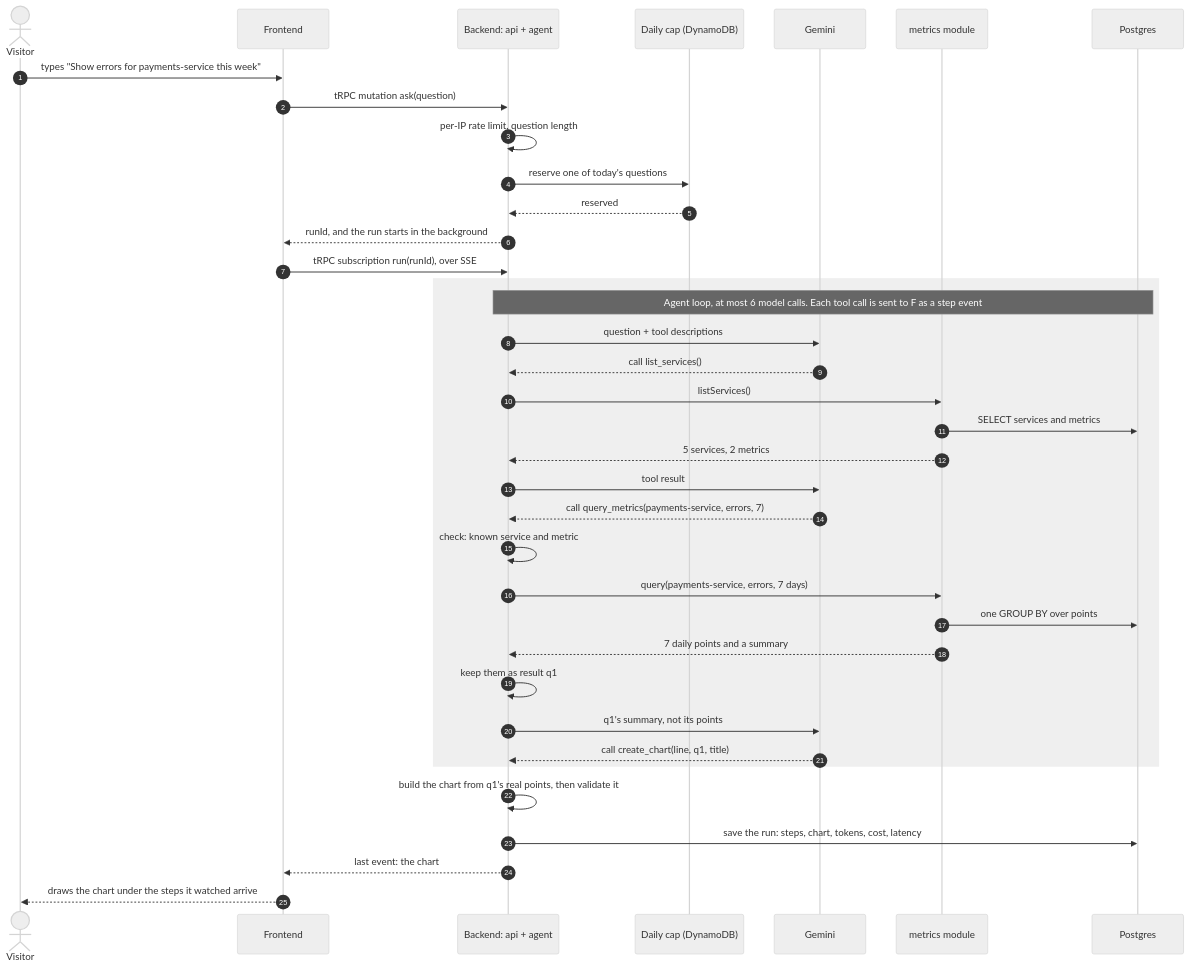
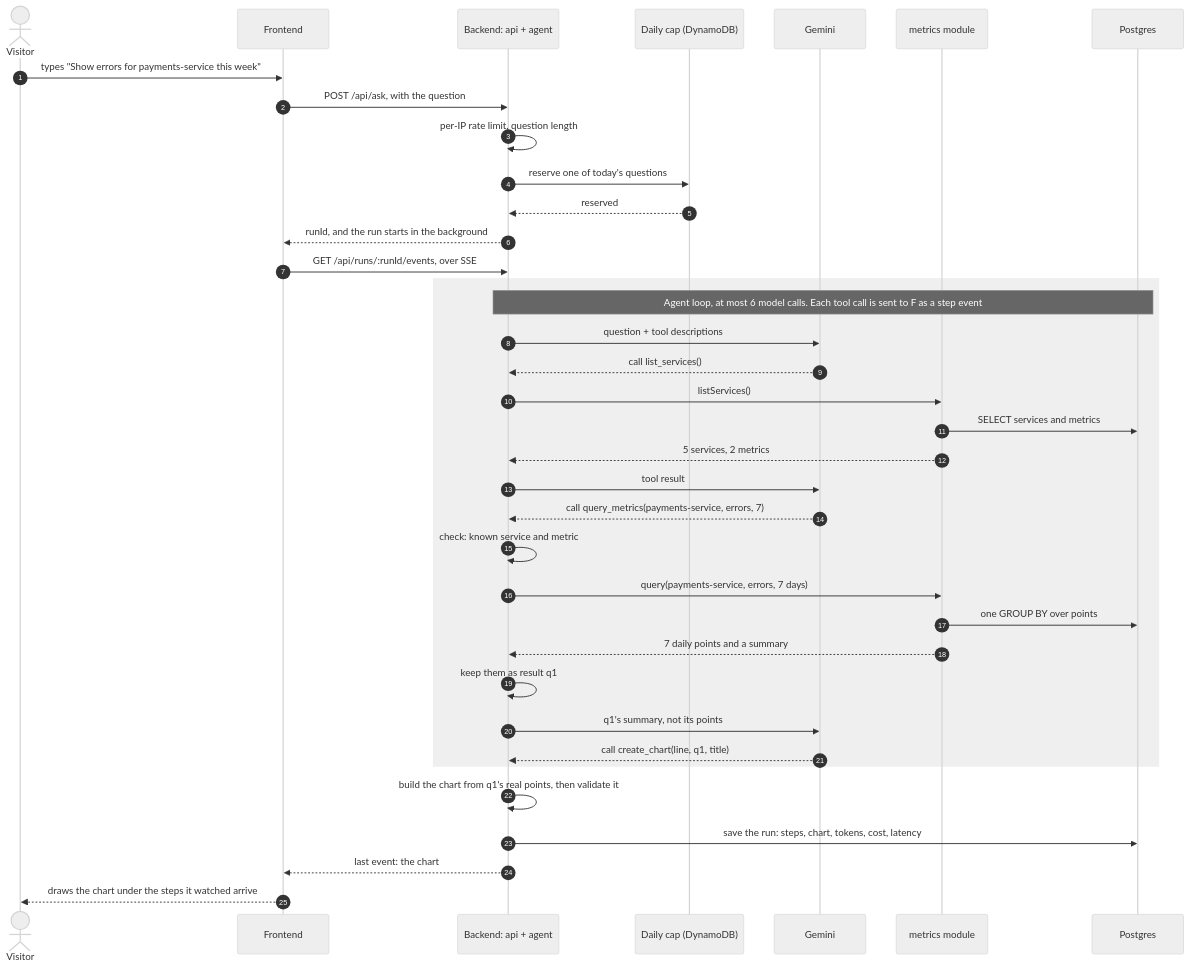
The fourth of 8 diagrams in docs/design.md (vovadyach/dashgen), drawn with Mermaid (neutral theme) before and after one commit. The commit also changed other lines of this file and 8 other files, not shown here.

Commit message:
docs: REST and SSE instead of tRPC (ADR-0011)

````diff
--- a/docs/design.md
+++ b/docs/design.md
@@ -182,40 +182,40 @@
 ```mermaid
 sequenceDiagram
     autonumber
     actor V as Visitor
     participant F as Frontend
     participant B as Backend: api + agent
     participant C as Daily cap (DynamoDB)
     participant LLM as Gemini
     participant M as metrics module
     participant DB as Postgres
 
     V->>F: types "Show errors for payments-service this week"
-    F->>B: tRPC mutation ask(question)
+    F->>B: POST /api/ask, with the question
     B->>B: per-IP rate limit, question length
     B->>C: reserve one of today's questions
     C-->>B: reserved
     B-->>F: runId, and the run starts in the background
-    F->>B: tRPC subscription run(runId), over SSE
+    F->>B: GET /api/runs/:runId/events, over SSE
     rect rgba(127, 127, 127, 0.12)
         Note over B,DB: Agent loop, at most 6 model calls. Each tool call is sent to F as a step event
         B->>LLM: question + tool descriptions
         LLM-->>B: call list_services()
         B->>M: listServices()
         M->>DB: SELECT services and metrics
         M-->>B: 5 services, 2 metrics
         B->>LLM: tool result
         LLM-->>B: call query_metrics(payments-service, errors, 7)
         B->>B: check: known service and metric
         B->>M: query(payments-service, errors, 7 days)
         M->>DB: one GROUP BY over points
         M-->>B: 7 daily points and a summary
         B->>B: keep them as result q1
         B->>LLM: q1's summary, not its points
         LLM-->>B: call create_chart(line, q1, title)
     end
     B->>B: build the chart from q1's real points, then validate it
     B->>DB: save the run: steps, chart, tokens, cost, latency
     B-->>F: last event: the chart
     F-->>V: draws the chart under the steps it watched arrive
 ```
````
